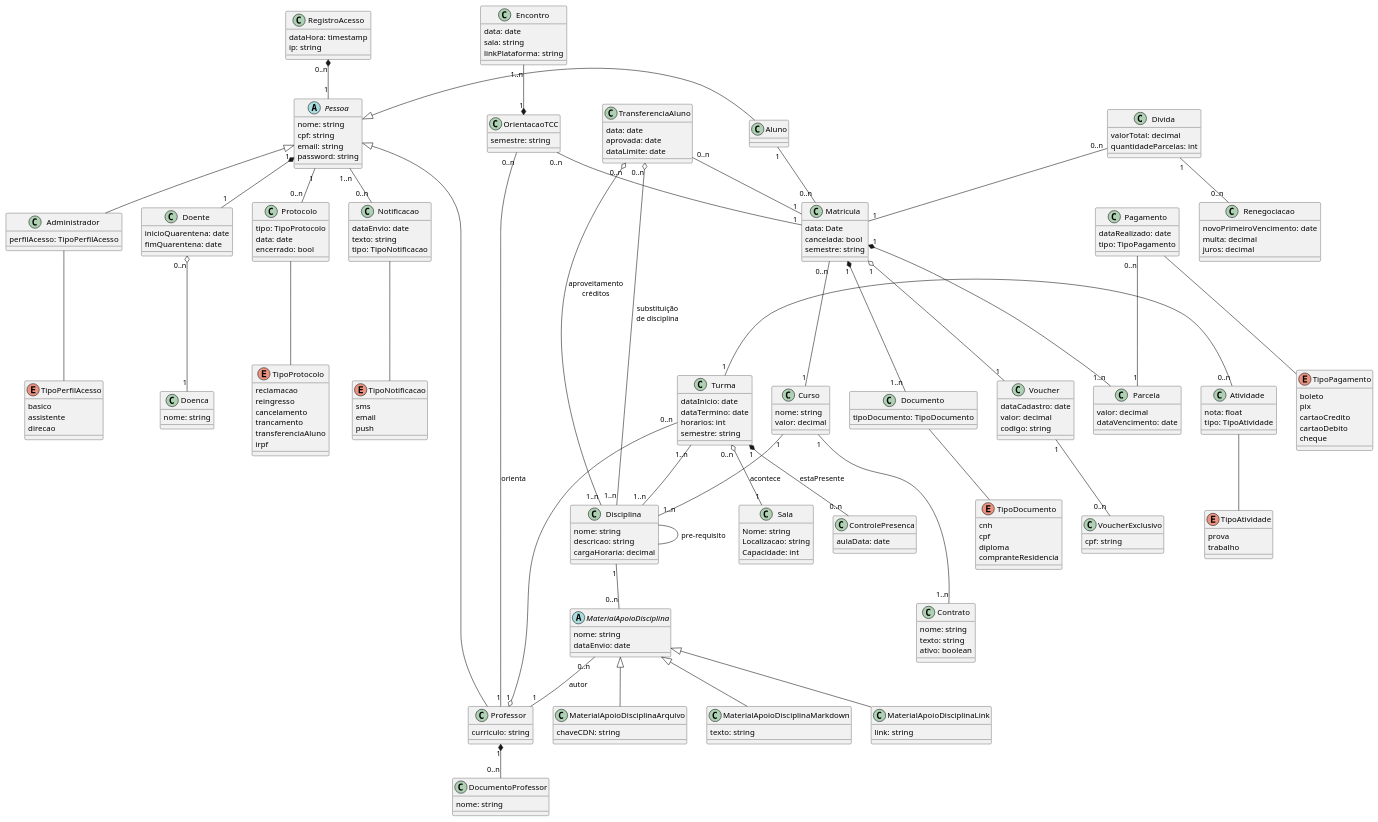
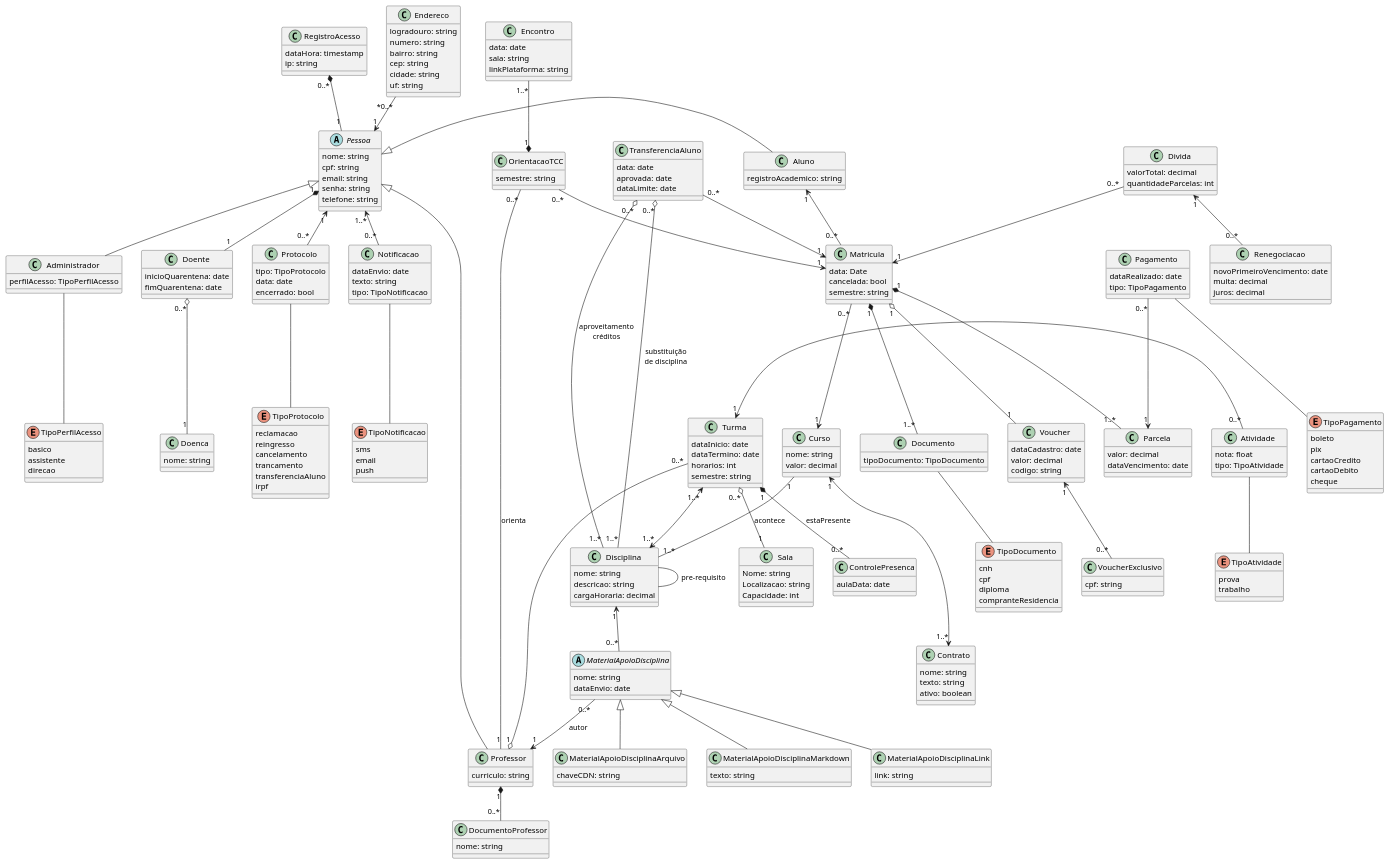
The diagram in diagrama-classes.puml (PosGraduacaoEquipe7/diagramas-plant-uml), drawn with PlantUML before and after one commit.

Commit message:
Corrige a multiplicidade para asterisco e adiciona o sentido do relacionamento

```diff
--- a/diagrama-classes.puml
+++ b/diagrama-classes.puml
@@ -15,13 +15,23 @@
     nome: string
     cpf: string
     email: string
-    password: string
+    senha: string
+    telefone: string
+}
+class Endereco {
+    logradouro: string
+    numero: string
+    bairro: string
+    cep: string
+    cidade: string
+    uf: string
 }
 class RegistroAcesso{
     dataHora: timestamp
     ip: string
 }
 class Aluno {
+    registroAcademico: string
 }
 class Professor {
     curriculo: string
@@ -179,37 +189,38 @@
 MaterialApoioDisciplina <|-- MaterialApoioDisciplinaArquivo
 MaterialApoioDisciplina <|-- MaterialApoioDisciplinaMarkdown
 
-Divida "1" -- "0..n" Renegociacao
-Divida "0..n" -- "1" Matricula
-Matricula "1" -u- "0..n" TransferenciaAluno
-Matricula "1" -u- "0..n" OrientacaoTCC
-Aluno "1" -- "0..n" Matricula
+Pessoa "1" <-u- "*0..*" Endereco
+Divida "1" <-- "0..*" Renegociacao
+Divida "0..*" --> "1" Matricula
+Matricula "1" <-u- "0..*" TransferenciaAluno
+Matricula "1" <-u- "0..*" OrientacaoTCC
+Aluno "1" <-- "0..*" Matricula
 Disciplina -- Disciplina : pre-requisito
-Disciplina "1" -- "0..n" MaterialApoioDisciplina
-MaterialApoioDisciplina "0..n" -- "1" Professor : autor
-Matricula "0..n" -- "1" Curso
-Matricula "1" *-- "1..n" Documento
+Disciplina "1" <-- "0..*" MaterialApoioDisciplina
+MaterialApoioDisciplina "0..*" --> "1" Professor : autor
+Matricula "0..*" --> "1" Curso
+Matricula "1" *-- "1..*" Documento
 Matricula "1" o-- "1" Voucher
-Matricula "1" *-- "1..n" Parcela
-Curso "1" -- "1..n" Disciplina
-Curso "1" --- "1..n" Contrato
-Pessoa "1" -- "0..n" Protocolo
-Turma "0..n" o-- "1" Sala : acontece
-Turma "0..n" --o "1" Professor
-Turma "1..n" -- "1..n" Disciplina
-Turma "1" -r- "0..n" Atividade
-Turma "1" *-- "0..n" ControlePresenca: estaPresente
-RegistroAcesso "0..n" *-- "1" Pessoa
-Doente "0..n" o-- "1" Doenca
+Matricula "1" *-- "1..*" Parcela
+Curso "1" -- "1..*" Disciplina
+Curso "1" <---> "1..*" Contrato
+Pessoa "1" <-- "0..*" Protocolo
+Turma "0..*" o-- "1" Sala : acontece
+Turma "0..*" --o "1" Professor
+Turma "1..*" <--> "1..*" Disciplina
+Turma "1" <-r- "0..*" Atividade
+Turma "1" *-- "0..*" ControlePresenca: estaPresente
+RegistroAcesso "0..*" *-- "1" Pessoa
+Doente "0..*" o-- "1" Doenca
 Pessoa "1" *-- "1" Doente
-Pessoa "1..n" -- "0..n" Notificacao
-Professor "1" *-- "0..n" DocumentoProfessor
-Professor "1" -- "0..n" OrientacaoTCC : orienta
-OrientacaoTCC "1" *-u- "1..n" Encontro
-Pagamento "0..n" -- "1" Parcela
-Voucher "1" -- "0..n" VoucherExclusivo
-TransferenciaAluno "0..n" o-- "1..n" Disciplina : aproveitamento\ncréditos\n\n\n\n\n
-TransferenciaAluno "0..n" o-- "1..n" Disciplina : substituição\nde disciplina
+Pessoa "1..*" <-- "0..*" Notificacao
+Professor "1" *-- "0..*" DocumentoProfessor
+Professor "1" -- "0..*" OrientacaoTCC : orienta
+OrientacaoTCC "1" *-u- "1..*" Encontro
+Pagamento "0..*" --> "1" Parcela
+Voucher "1" <-- "0..*" VoucherExclusivo
+TransferenciaAluno "0..*" o-- "1..*" Disciplina : aproveitamento\ncréditos\n\n\n\n\n
+TransferenciaAluno "0..*" o-- "1..*" Disciplina : substituição\nde disciplina
 
 Pagamento -- TipoPagamento
 Notificacao -- TipoNotificacao
```
